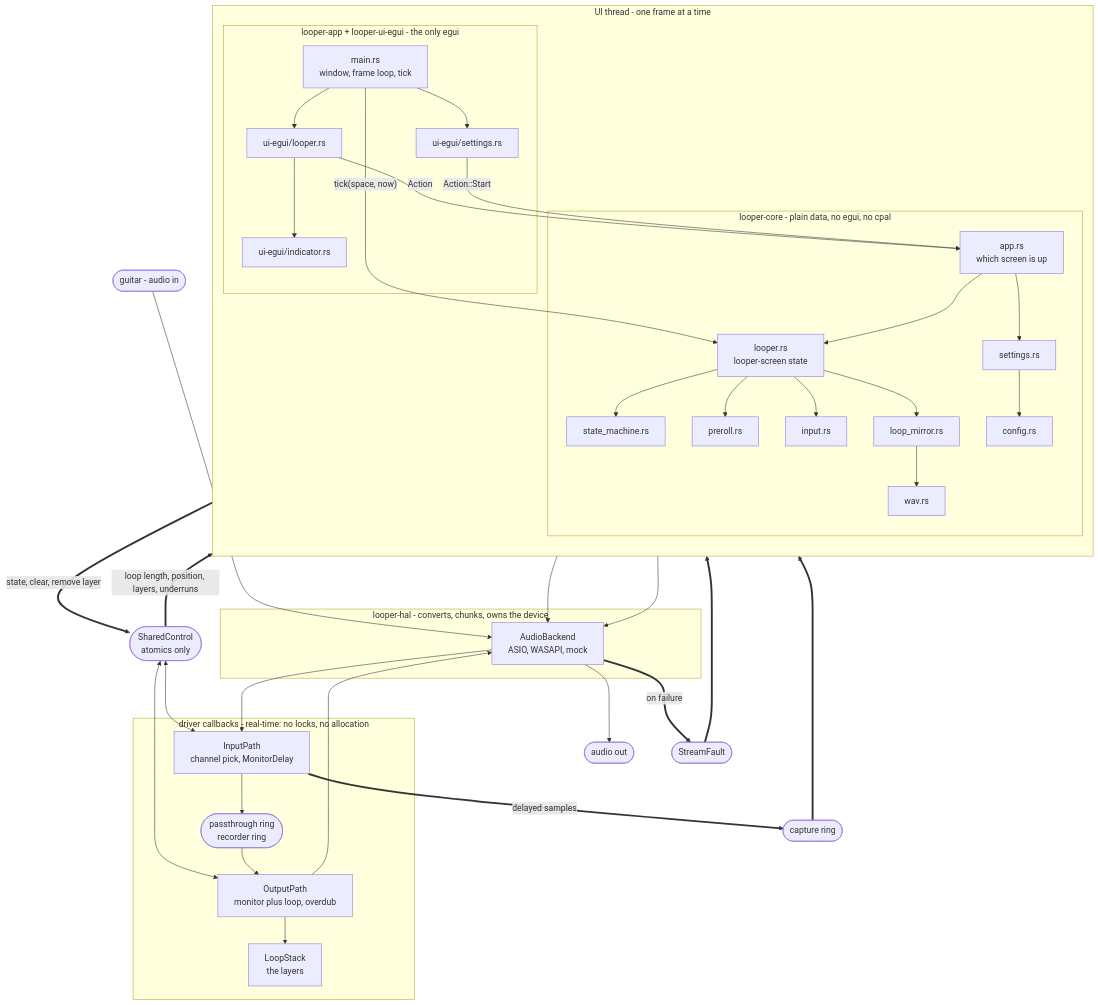
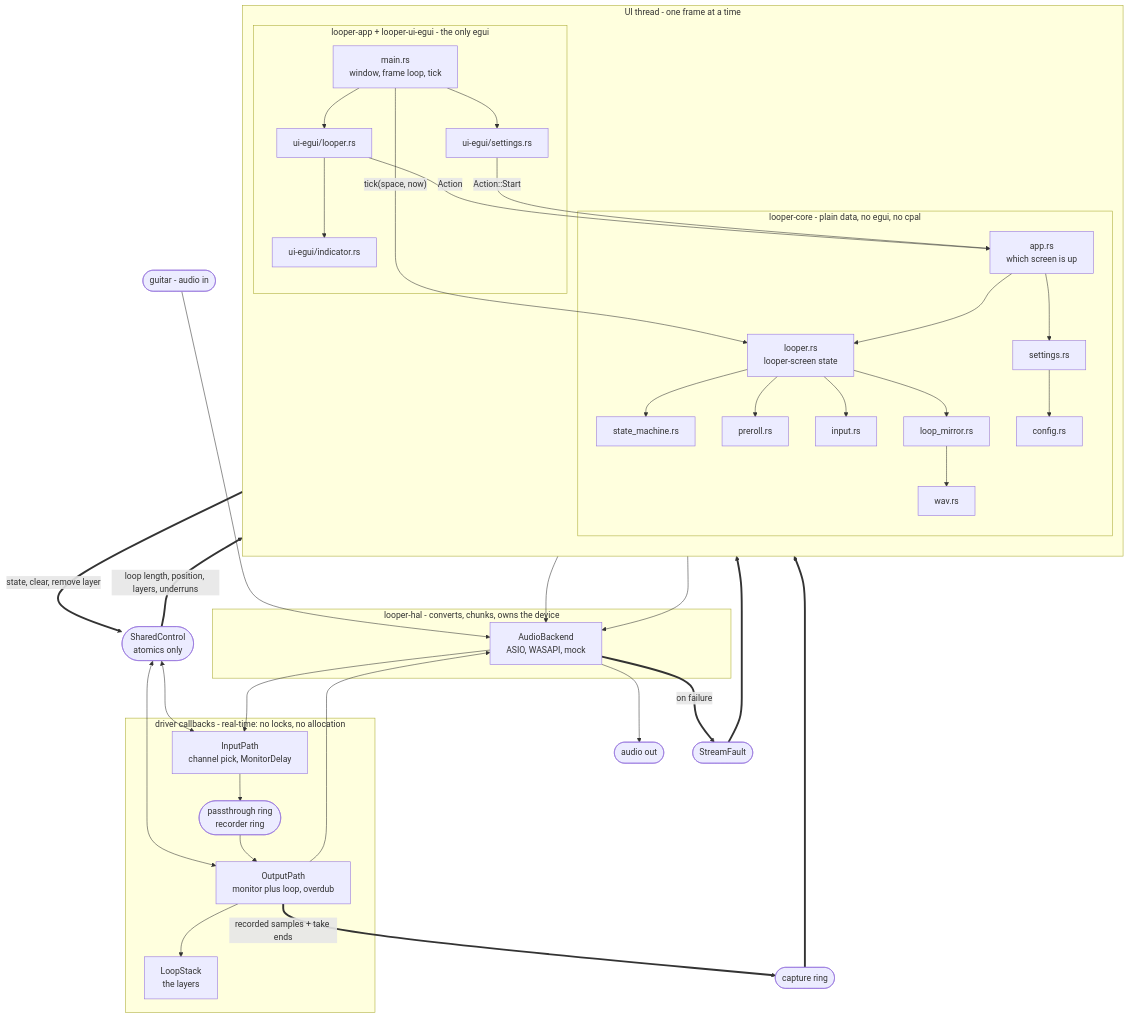
Before and after one commit to domstrueboy/looper: the second of 2 diagrams in README.md, drawn with Mermaid. The commit also changed other lines of this file and 8 other files, not shown here.

````diff
--- a/README.md
+++ b/README.md
@@ -142,75 +142,75 @@
 ```mermaid
 flowchart TB
     GUITAR(["guitar - audio in"])
     SPEAKERS(["audio out"])
 
     subgraph UITHREAD["UI thread - one frame at a time"]
         direction TB
         subgraph FW["looper-app + looper-ui-egui - the only egui"]
             MAIN["main.rs<br/>window, frame loop, tick"]
             UIL["ui-egui/looper.rs"]
             UIS["ui-egui/settings.rs"]
             UII["ui-egui/indicator.rs"]
         end
         subgraph MODEL["looper-core - plain data, no egui, no cpal"]
             APP["app.rs<br/>which screen is up"]
             LOOPER["looper.rs<br/>looper-screen state"]
             SET["settings.rs"]
             SM["state_machine.rs"]
             PR["preroll.rs"]
             INPUT["input.rs"]
             MIRROR["loop_mirror.rs"]
             CFG["config.rs"]
             WAV["wav.rs"]
         end
     end
 
     SHARED(["SharedControl<br/>atomics only"])
     CAPTURE(["capture ring"])
     FAULT(["StreamFault"])
 
     subgraph AUDIO["driver callbacks - real-time: no locks, no allocation"]
         INPATH["InputPath<br/>channel pick, MonitorDelay"]
         BRIDGE(["passthrough ring<br/>recorder ring"])
         OUTPATH["OutputPath<br/>monitor plus loop, overdub"]
         STACK["LoopStack<br/>the layers"]
     end
 
     subgraph HAL["looper-hal - converts, chunks, owns the device"]
         BACKEND["AudioBackend<br/>ASIO, WASAPI, mock"]
     end
 
     MAIN --> UIL
     MAIN --> UIS
     MAIN -->|"tick(space, now)"| LOOPER
     UIL --> UII
     UIL -->|"Action"| APP
     UIS -->|"Action::Start"| APP
     APP --> LOOPER
     APP --> SET
     LOOPER --> SM
     LOOPER --> PR
     LOOPER --> INPUT
     LOOPER --> MIRROR
     SET --> CFG
     MIRROR --> WAV
     APP --> BACKEND
     SET --> BACKEND
 
     LOOPER ==>|"state, clear, remove layer"| SHARED
     SHARED ==>|"loop length, position, layers, underruns"| LOOPER
     SHARED <--> INPATH
     SHARED <--> OUTPATH
 
     GUITAR --> BACKEND
     BACKEND --> INPATH
     INPATH --> BRIDGE
     BRIDGE --> OUTPATH
     OUTPATH --> STACK
     OUTPATH --> BACKEND
     BACKEND --> SPEAKERS
     BACKEND ==>|"on failure"| FAULT
     FAULT ==> LOOPER
-    INPATH ==>|"delayed samples"| CAPTURE
+    OUTPATH ==>|"recorded samples + take ends"| CAPTURE
     CAPTURE ==> MIRROR
 ```
````
